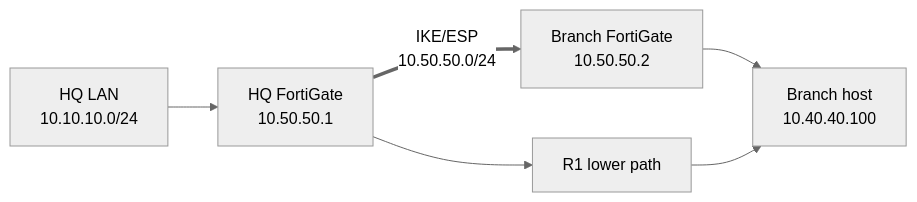
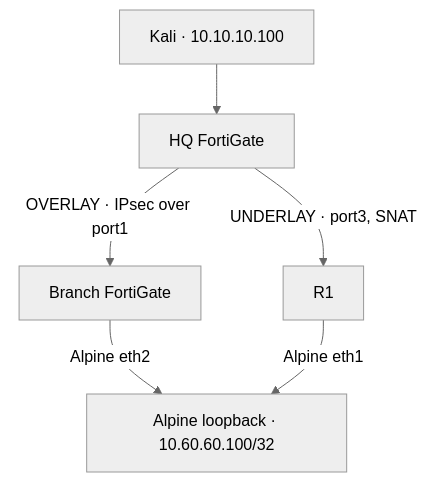
Before and after one commit to abdelrahmanelkady777/fortigate-76-security-lab: the diagram in README.md, drawn with Mermaid (neutral theme). The commit also changed other lines of this file and 25 other files, not shown here.

````diff
--- a/README.md
+++ b/README.md
@@ -83,7 +24,8 @@
 ```mermaid
-flowchart LR
-    HLAN["HQ LAN<br/>10.10.10.0/24"] --> HQ["HQ FortiGate<br/>10.50.50.1"]
-    HQ == "IKE/ESP<br/>10.50.50.0/24" ==> BR["Branch FortiGate<br/>10.50.50.2"]
-    BR --> ALP["Branch host<br/>10.40.40.100"]
-    HQ --> R1["R1 lower path"] --> ALP
+flowchart TD
+    K["Kali · 10.10.10.100"] --> H["HQ FortiGate"]
+    H -->|"OVERLAY · IPsec over port1"| B["Branch FortiGate"]
+    H -->|"UNDERLAY · port3, SNAT"| R["R1"]
+    B -->|"Alpine eth2"| A["Alpine loopback · 10.60.60.100/32"]
+    R -->|"Alpine eth1"| A
 ```
````
